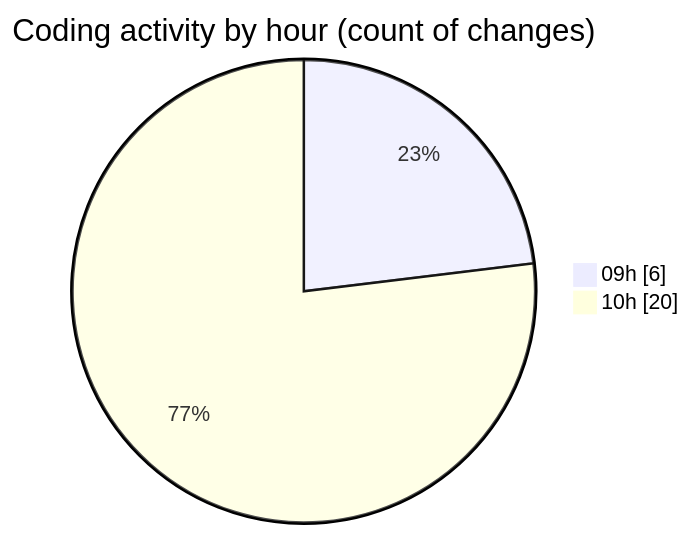
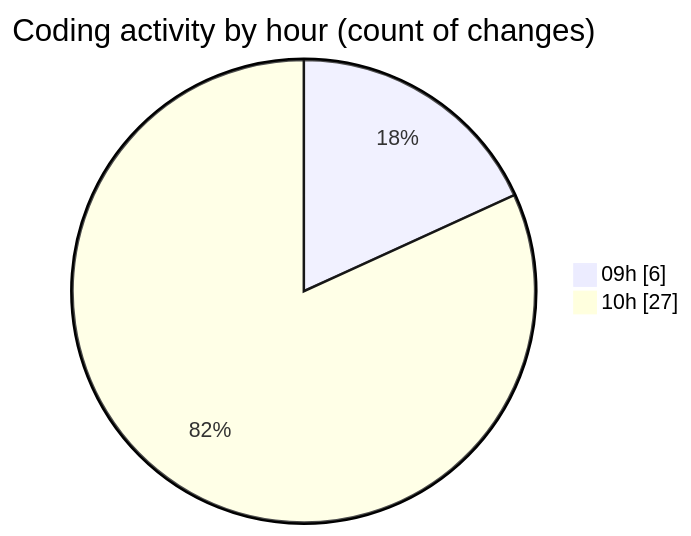
Before and after one commit to momahboobian/code-tracking: the second of 2 diagrams in 2026-02-10/cda/README.md, drawn with Mermaid. The commit also changed other lines of this file and 1 other file, not shown here.

````diff
--- a/2026-02-10/cda/README.md
+++ b/2026-02-10/cda/README.md
@@ -31,6 +35,6 @@
 ```mermaid
 pie showData
 title Coding activity by hour (count of changes)
 "09h" : 6
-"10h" : 20
+"10h" : 27
 ```
````
